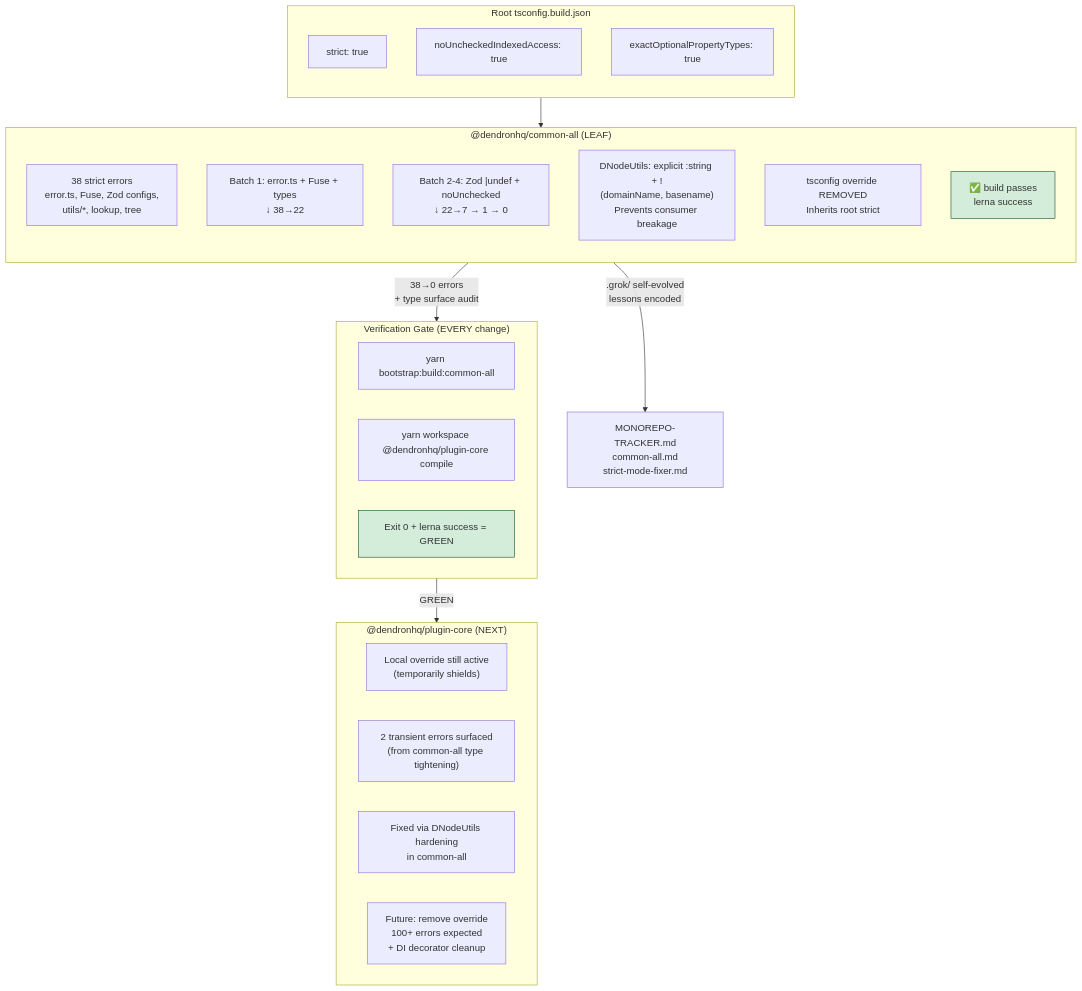
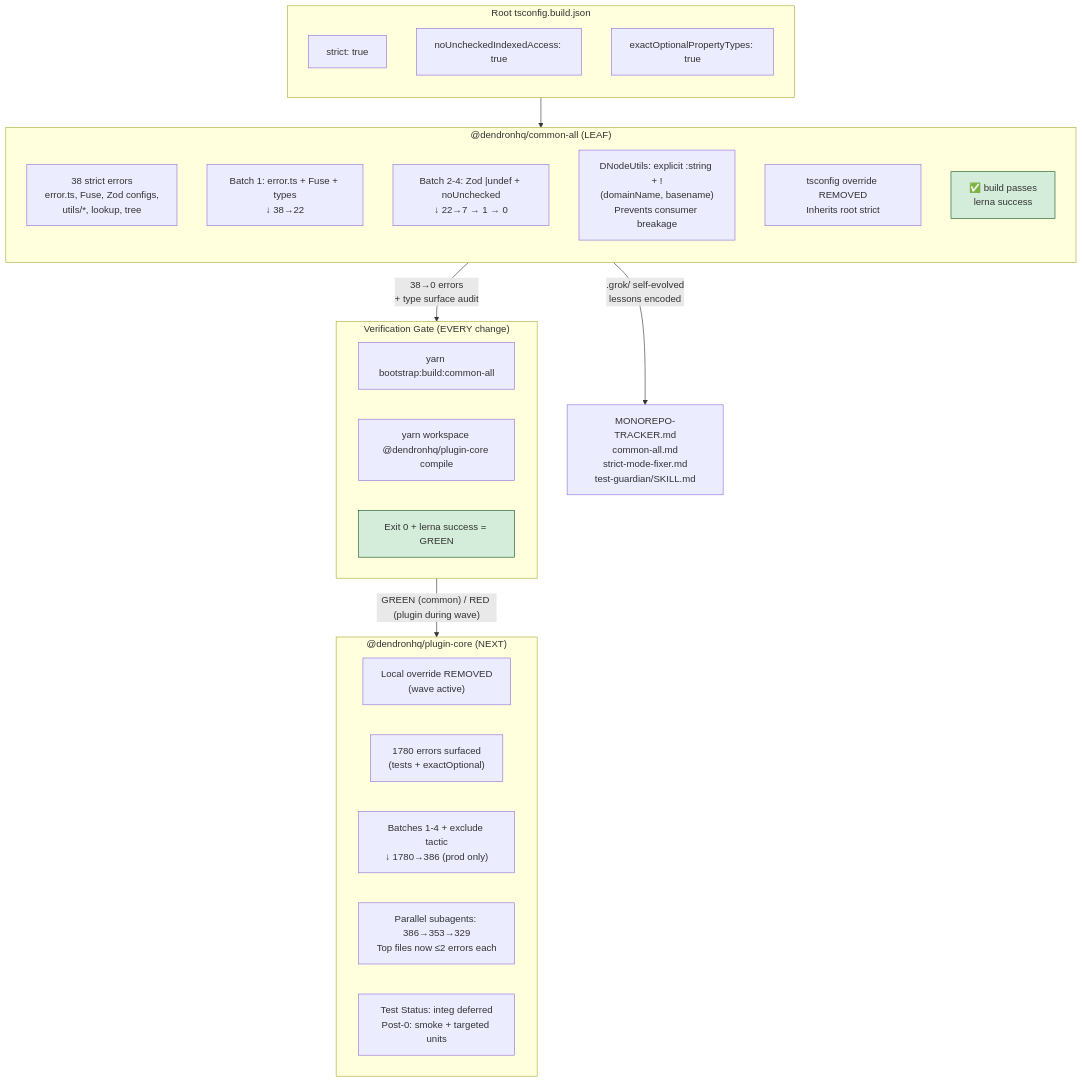
One commit to r0yce/dendron changed the diagram in docs/dev/MONOREPO-PACKAGES-MODERNIZATION-TRACKER.md. Above: the diagram before and after it, drawn with Mermaid. The commit also changed other lines of this file and 1667 other files, not shown here.

````diff
--- a/docs/dev/MONOREPO-PACKAGES-MODERNIZATION-TRACKER.md
+++ b/docs/dev/MONOREPO-PACKAGES-MODERNIZATION-TRACKER.md
@@ -105,40 +105,41 @@
 ```mermaid
 flowchart TD
     subgraph Root["Root tsconfig.build.json"]
         direction TB
         R1["strict: true"]
         R2["noUncheckedIndexedAccess: true"]
         R3["exactOptionalPropertyTypes: true"]
     end
 
     subgraph common-all["@dendronhq/common-all (LEAF)"]
         direction TB
         C1["38 strict errors<br/>error.ts, Fuse, Zod configs,<br/>utils/*, lookup, tree"]
         C2["Batch 1: error.ts + Fuse + types<br/>↓ 38→22"]
         C3["Batch 2-4: Zod |undef + noUnchecked<br/>↓ 22→7 → 1 → 0"]
         C4["DNodeUtils: explicit :string + !<br/>(domainName, basename)<br/>Prevents consumer breakage"]
         C5["tsconfig override REMOVED<br/>Inherits root strict"]
         C6["✅ build passes<br/>lerna success"]
     end
 
     subgraph Verification["Verification Gate (EVERY change)"]
         V1["yarn bootstrap:build:common-all"]
         V2["yarn workspace @dendronhq/plugin-core compile"]
         V3["Exit 0 + lerna success = GREEN"]
     end
 
     subgraph PluginCore["@dendronhq/plugin-core (NEXT)"]
-        P1["Local override still active<br/>(temporarily shields)"]
-        P2["2 transient errors surfaced<br/>(from common-all type tightening)"]
-        P3["Fixed via DNodeUtils hardening<br/>in common-all"]
-        P4["Future: remove override<br/>100+ errors expected<br/>+ DI decorator cleanup"]
+        P1["Local override REMOVED<br/>(wave active)"]
+        P2["1780 errors surfaced<br/>(tests + exactOptional)"]
+        P3["Batches 1-4 + exclude tactic<br/>↓ 1780→386 (prod only)"]
+        P4["Parallel subagents: 386→353→329<br/>Top files now ≤2 errors each"]
+        P5["Test Status: integ deferred<br/>Post-0: smoke + targeted units"]
     end
 
     Root --> common-all
     common-all -->|"38→0 errors<br/>+ type surface audit"| Verification
-    Verification -->|"GREEN"| PluginCore
-    common-all -->|".grok/ self-evolved<br/>lessons encoded"| Docs["MONOREPO-TRACKER.md<br/>common-all.md<br/>strict-mode-fixer.md"]
+    Verification -->|"GREEN (common) / RED (plugin during wave)"| PluginCore
+    common-all -->|".grok/ self-evolved<br/>lessons encoded"| Docs["MONOREPO-TRACKER.md<br/>common-all.md<br/>strict-mode-fixer.md<br/>test-guardian/SKILL.md"]
     
     classDef green fill:#d4edda,stroke:#155724
     class C6,V3 green
 ```
````
